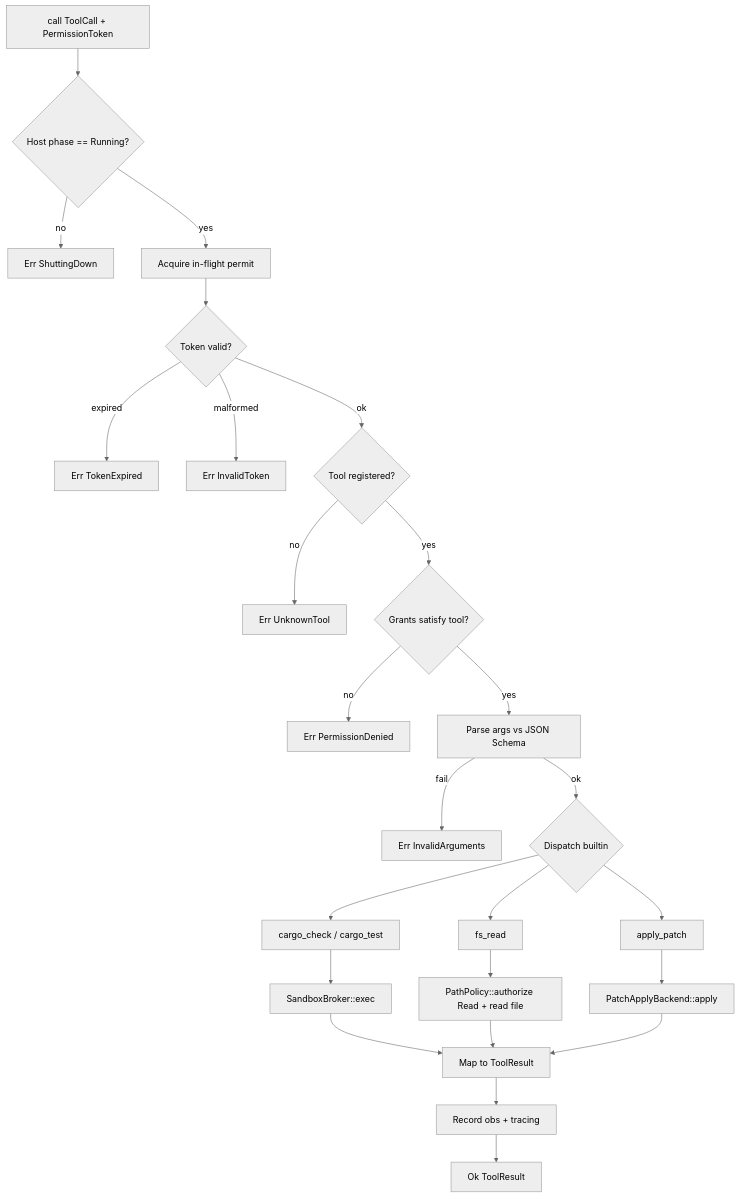
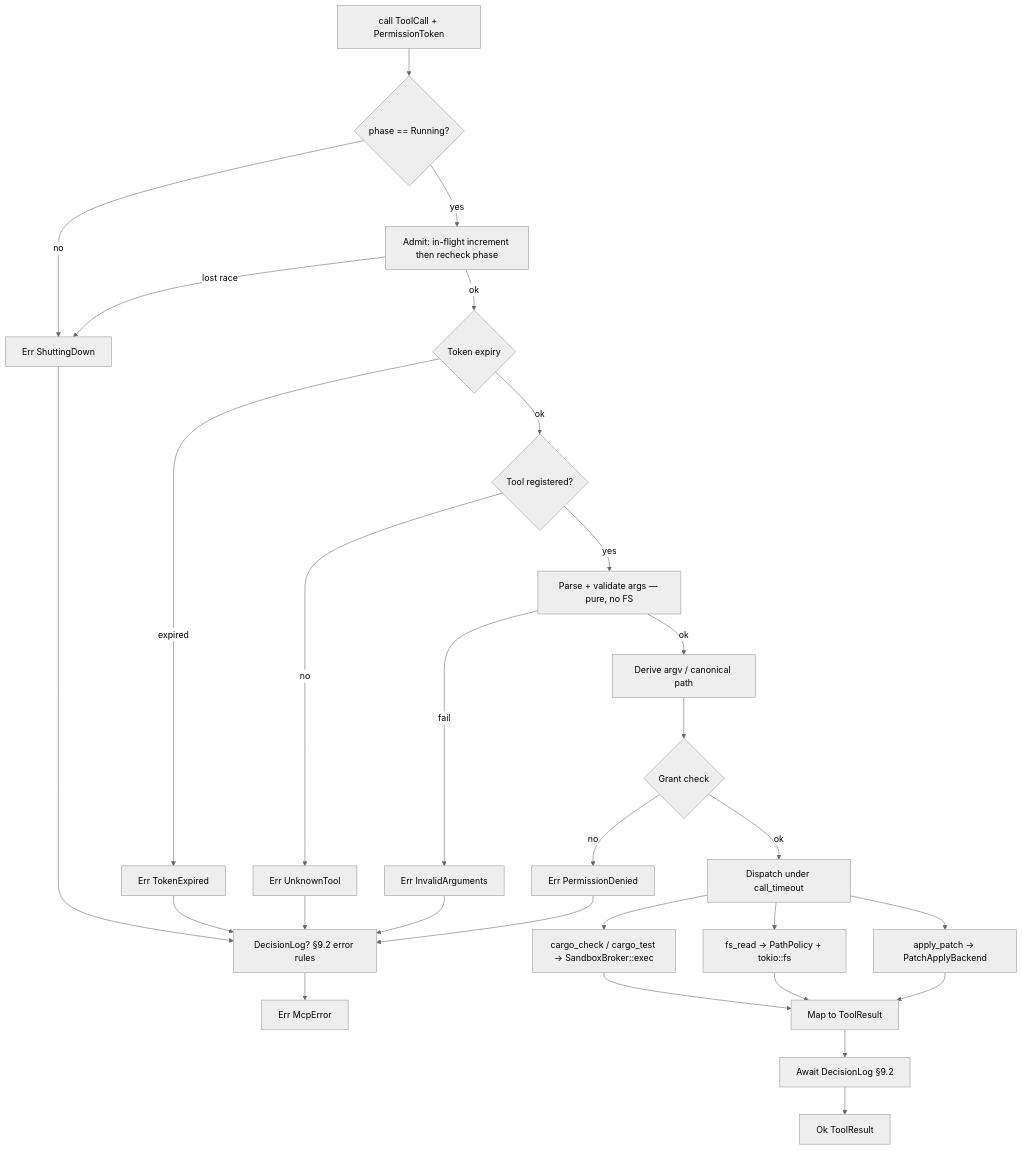
Before and after one commit to arkadianet/Alloy: the first of 4 diagrams in docs/rfcs/RFC-0006-mcp-host-builtins.md, drawn with Mermaid (neutral theme). The commit also changed other lines of this file and 1 other file, not shown here.

````diff
--- a/docs/rfcs/RFC-0006-mcp-host-builtins.md
+++ b/docs/rfcs/RFC-0006-mcp-host-builtins.md
@@ -853,27 +1037,31 @@
 ```mermaid
 flowchart TD
-  A[call ToolCall + PermissionToken] --> B{Host phase == Running?}
+  A[call ToolCall + PermissionToken] --> B{phase == Running?}
   B -->|no| Z1[Err ShuttingDown]
-  B -->|yes| C[Acquire in-flight permit]
-  C --> D{Token valid?}
+  B -->|yes| C[Admit: in-flight increment then recheck phase]
+  C -->|lost race| Z1
+  C -->|ok| D{Token expiry}
   D -->|expired| Z2[Err TokenExpired]
-  D -->|malformed| Z3[Err InvalidToken]
   D -->|ok| E{Tool registered?}
   E -->|no| Z4[Err UnknownTool]
-  E -->|yes| F{Grants satisfy tool?}
-  F -->|no| Z5[Err PermissionDenied]
-  F -->|yes| G[Parse args vs JSON Schema]
-  G -->|fail| Z6[Err InvalidArguments]
-  G -->|ok| H{Dispatch builtin}
-  H --> I[cargo_check / cargo_test]
-  H --> J[fs_read]
-  H --> K[apply_patch]
-  I --> L[SandboxBroker::exec]
-  J --> M[PathPolicy::authorize Read + read file]
-  K --> N[PatchApplyBackend::apply]
-  L --> O[Map to ToolResult]
-  M --> O
-  N --> O
-  O --> P[Record obs + tracing]
+  E -->|yes| F[Parse + validate args — pure, no FS]
+  F -->|fail| Z6[Err InvalidArguments]
+  F -->|ok| G[Derive argv / canonical path]
+  G --> H{Grant check}
+  H -->|no| Z5[Err PermissionDenied]
+  H -->|ok| I[Dispatch under call_timeout]
+  I --> J[cargo_check / cargo_test → SandboxBroker::exec]
+  I --> K[fs_read → PathPolicy + tokio::fs]
+  I --> L[apply_patch → PatchApplyBackend]
+  J --> O[Map to ToolResult]
+  K --> O
+  L --> O
+  O --> P[Await DecisionLog §9.2]
   P --> Q[Ok ToolResult]
+  Z1 --> P2[DecisionLog? §9.2 error rules]
+  Z2 --> P2
+  Z4 --> P2
+  Z5 --> P2
+  Z6 --> P2
+  P2 --> Zerr[Err McpError]
 ```
````
